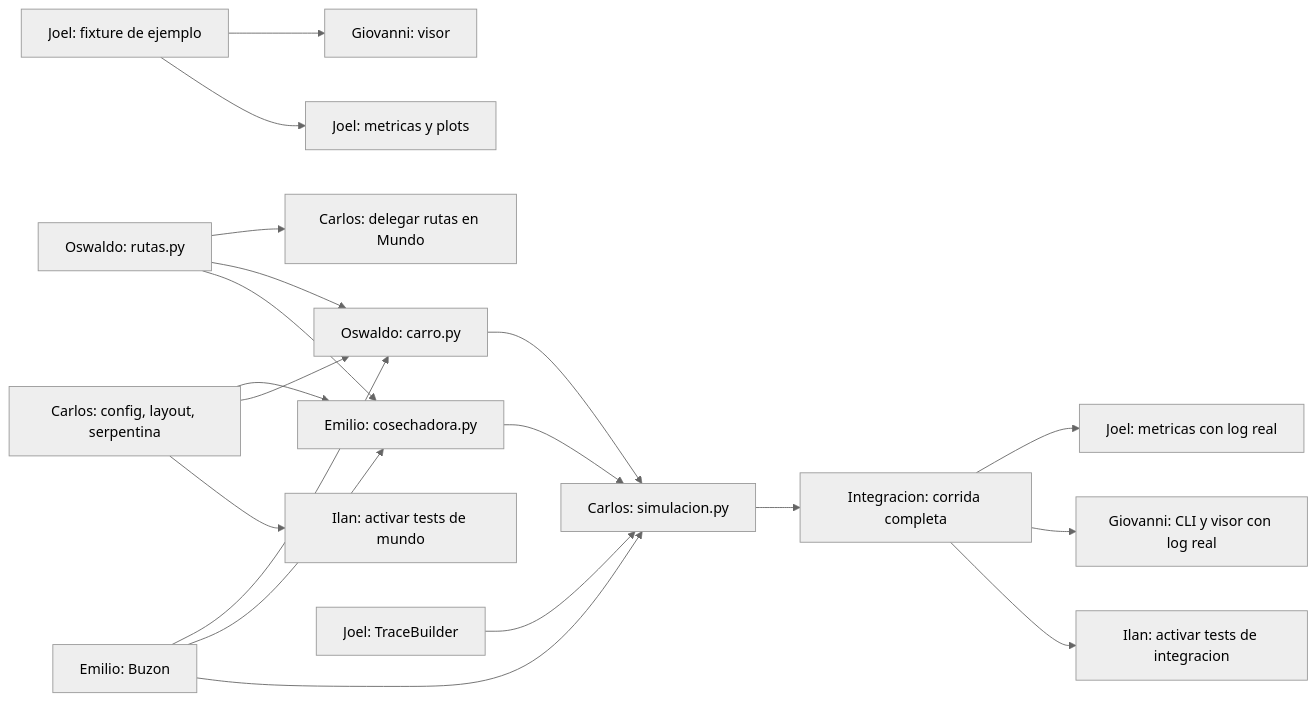
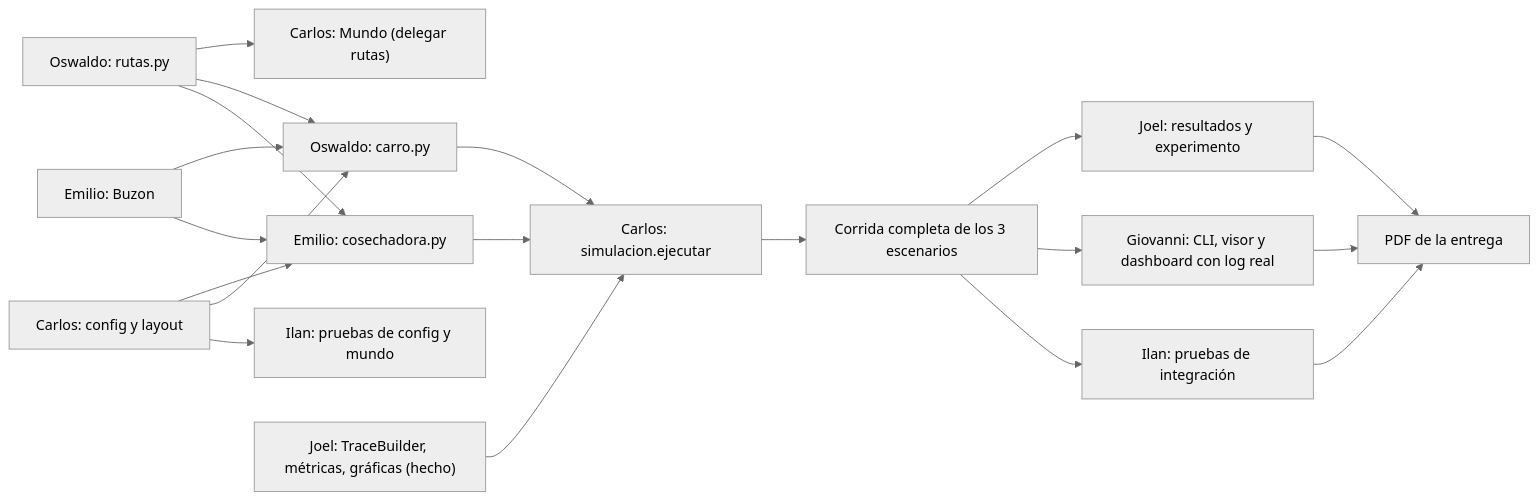
One commit to Carlos-EAC/temporary changed the first of 2 diagrams in docs/plan_de_trabajo.md. Above: the diagram before and after it, drawn with Mermaid (neutral theme). The commit also changed other lines of this file and 10 other files, not shown here.

First line of the commit message:
Guías por persona en docs/equipo, plan de trabajo y especificación al día con el trace 2.1

````diff
--- a/docs/plan_de_trabajo.md
+++ b/docs/plan_de_trabajo.md
@@ -240,21 +63,21 @@
 ```mermaid
 flowchart LR
-  J1["Joel: fixture de ejemplo"] --> E1["Giovanni: visor"]
-  J1 --> J3["Joel: metricas y plots"]
-  O1["Oswaldo: rutas.py"] --> C5["Carlos: delegar rutas en Mundo"]
+  O1["Oswaldo: rutas.py"] --> C2["Carlos: Mundo (delegar rutas)"]
   O1 --> O3["Oswaldo: carro.py"]
   O1 --> M3["Emilio: cosechadora.py"]
-  C2["Carlos: config, layout, serpentina"] --> M3
-  C2 --> O3
-  C2 --> I2["Ilan: activar tests de mundo"]
+  C1["Carlos: config y layout"] --> M3
+  C1 --> O3
+  C1 --> I2["Ilan: pruebas de config y mundo"]
   M1["Emilio: Buzon"] --> O3
   M1 --> M3
-  M1 --> C6["Carlos: simulacion.py"]
-  J2["Joel: TraceBuilder"] --> C6
-  M3 --> C6
+  M3 --> C6["Carlos: simulacion.ejecutar"]
   O3 --> C6
-  C6 --> INT["Integracion: corrida completa"]
-  INT --> J5["Joel: metricas con log real"]
-  INT --> E3["Giovanni: CLI y visor con log real"]
-  INT --> I3["Ilan: activar tests de integracion"]
+  J["Joel: TraceBuilder, métricas, gráficas (hecho)"] --> C6
+  C6 --> INT["Corrida completa de los 3 escenarios"]
+  INT --> J5["Joel: resultados y experimento"]
+  INT --> G3["Giovanni: CLI, visor y dashboard con log real"]
+  INT --> I3["Ilan: pruebas de integración"]
+  J5 --> PDF["PDF de la entrega"]
+  G3 --> PDF
+  I3 --> PDF
 ```
````
